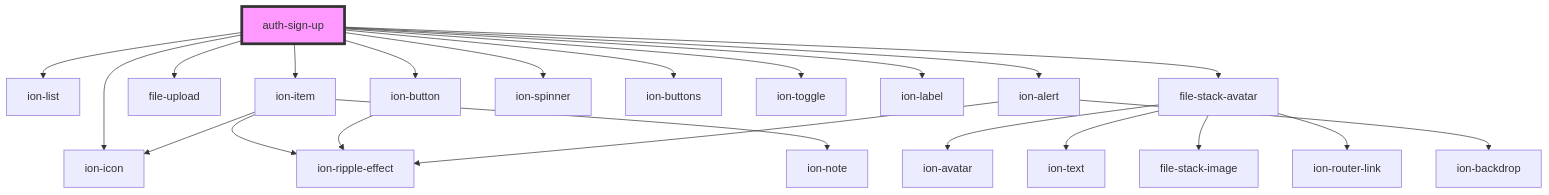
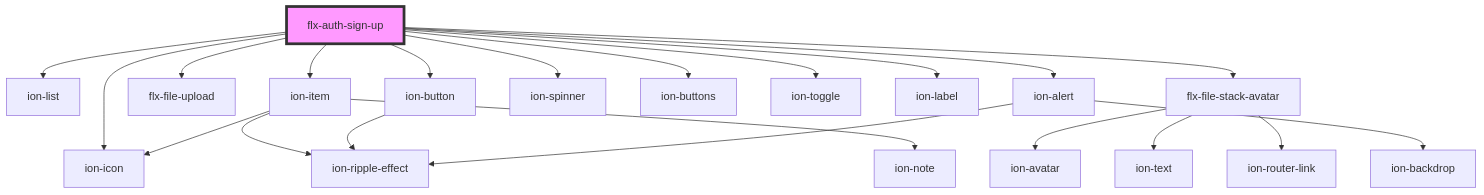
Before and after one commit to Scan0815/felix-core: the diagram in src/components/auth/sign-up/readme.md, drawn with Mermaid. The commit also changed other lines of this file and 16 other files, not shown here.

````diff
--- a/src/components/auth/sign-up/readme.md
+++ b/src/components/auth/sign-up/readme.md
@@ -44,25 +56,24 @@
 ```mermaid
 graph TD;
-  auth-sign-up --> ion-list
-  auth-sign-up --> ion-item
-  auth-sign-up --> file-upload
-  auth-sign-up --> file-stack-avatar
-  auth-sign-up --> ion-button
-  auth-sign-up --> ion-spinner
-  auth-sign-up --> ion-icon
-  auth-sign-up --> ion-buttons
-  auth-sign-up --> ion-toggle
-  auth-sign-up --> ion-label
-  auth-sign-up --> ion-alert
+  flx-auth-sign-up --> ion-list
+  flx-auth-sign-up --> ion-item
+  flx-auth-sign-up --> flx-file-upload
+  flx-auth-sign-up --> flx-file-stack-avatar
+  flx-auth-sign-up --> ion-button
+  flx-auth-sign-up --> ion-spinner
+  flx-auth-sign-up --> ion-icon
+  flx-auth-sign-up --> ion-buttons
+  flx-auth-sign-up --> ion-toggle
+  flx-auth-sign-up --> ion-label
+  flx-auth-sign-up --> ion-alert
   ion-item --> ion-icon
   ion-item --> ion-ripple-effect
   ion-item --> ion-note
-  file-stack-avatar --> ion-avatar
-  file-stack-avatar --> ion-text
-  file-stack-avatar --> file-stack-image
-  file-stack-avatar --> ion-router-link
+  flx-file-stack-avatar --> ion-avatar
+  flx-file-stack-avatar --> ion-text
+  flx-file-stack-avatar --> ion-router-link
   ion-button --> ion-ripple-effect
   ion-alert --> ion-ripple-effect
   ion-alert --> ion-backdrop
-  style auth-sign-up fill:#f9f,stroke:#333,stroke-width:4px
+  style flx-auth-sign-up fill:#f9f,stroke:#333,stroke-width:4px
 ```
````
